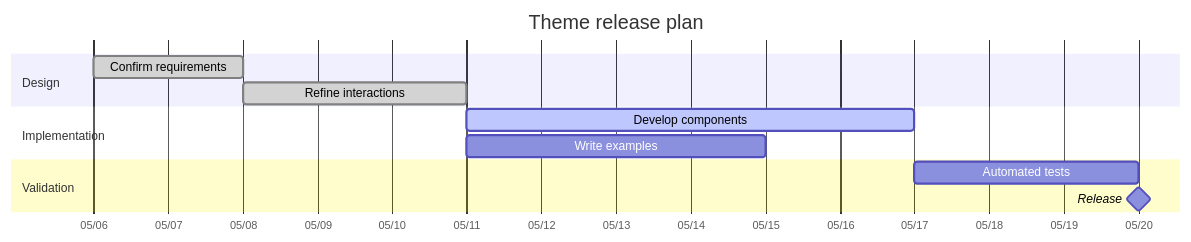
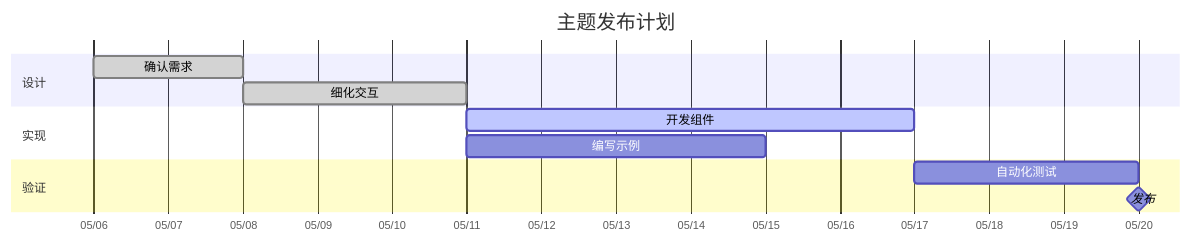
One commit to ynx-official/Shirone changed the eighth of 14 diagrams in nuxt4/content/posts/markdown-mermaid.md. Above: the diagram before and after it, drawn with Mermaid. The commit also changed other lines of this file and 99 other files, not shown here.

Commit message:
Refactor Shirone theme components and configuration

````diff
--- a/nuxt4/content/posts/markdown-mermaid.md
+++ b/nuxt4/content/posts/markdown-mermaid.md
@@ -169,17 +160,17 @@
 ```mermaid
 gantt
-    accTitle: Theme release plan
-    accDescr: The release plan moves from requirements and interaction design through component development, testing, and release.
-    title Theme release plan
+    accTitle: 甘特图示例
+    accDescr: 使用甘特图说明博客中的信息关系与工作过程。
+    title 主题发布计划
     dateFormat YYYY-MM-DD
     axisFormat %m/%d
-    section Design
-    Confirm requirements :done, brief, 2024-05-06, 2d
-    Refine interactions :done, interaction, after brief, 3d
-    section Implementation
-    Develop components :active, components, after interaction, 6d
-    Write examples :examples, after interaction, 4d
-    section Validation
-    Automated tests :tests, after components, 3d
-    Release :milestone, release, after tests, 0d
+    section 设计
+    确认需求 :done, brief, 2024-05-06, 2d
+    细化交互 :done, interaction, after brief, 3d
+    section 实现
+    开发组件 :active, components, after interaction, 6d
+    编写示例 :examples, after interaction, 4d
+    section 验证
+    自动化测试 :tests, after components, 3d
+    发布 :milestone, release, after tests, 0d
 ```
````
